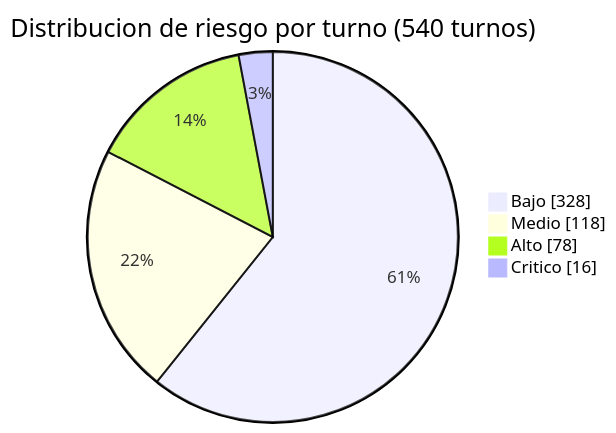
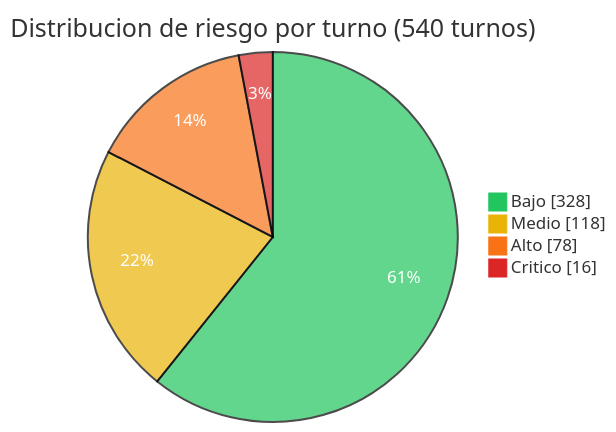
One commit to Rxyxs/data-warehouse-analitico-mineria-chile changed the fourth of 4 diagrams in README.es.md. Above: the diagram before and after it, drawn with Mermaid. The commit also changed other lines of this file and 1 other file, not shown here.

Commit message:
style: brighter, more professional colors for README pie charts

````diff
--- a/README.es.md
+++ b/README.es.md
@@ -259,7 +260,8 @@
 ```mermaid
+%%{init: {'theme': 'base', 'themeVariables': {'pie1': '#22c55e', 'pie2': '#eab308', 'pie3': '#f97316', 'pie4': '#dc2626', 'pieOuterStrokeWidth': '0px', 'pieSectionTextColor': '#ffffff'}}}%%
 pie showData title Distribucion de riesgo por turno (540 turnos)
     "Bajo" : 328
     "Medio" : 118
     "Alto" : 78
     "Critico" : 16
 ```
````
